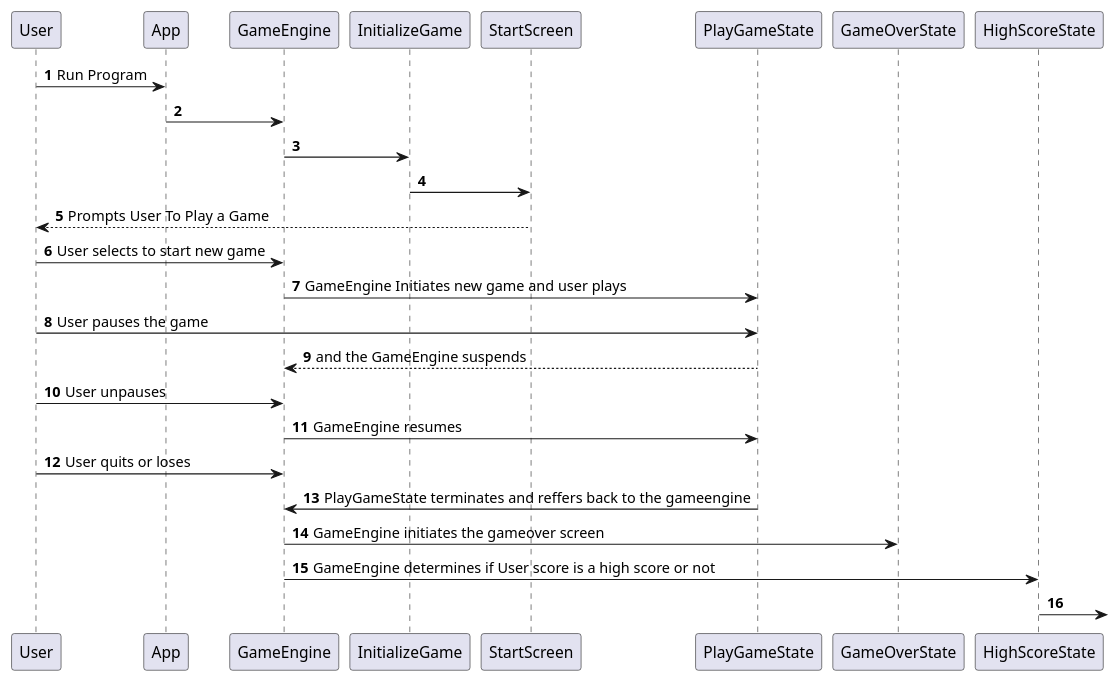
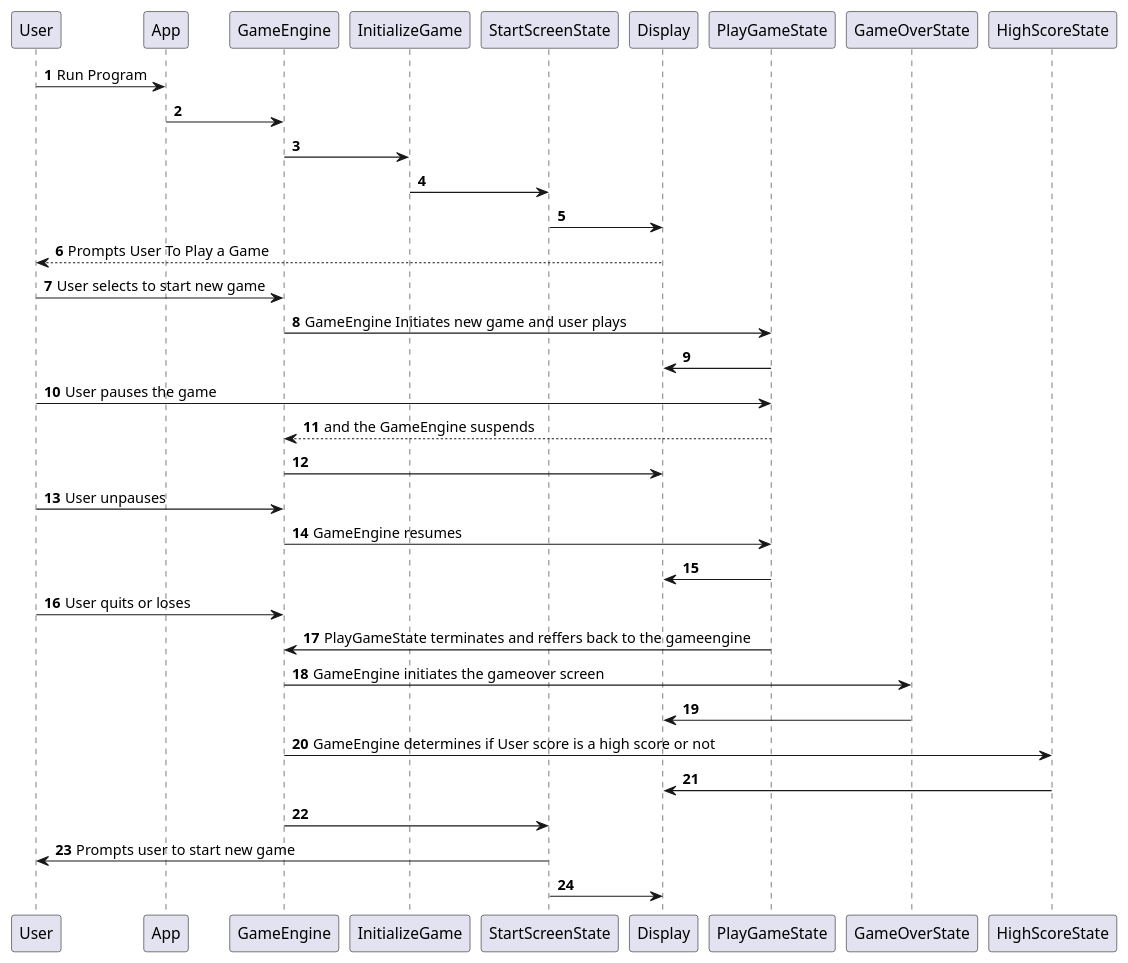
One commit to sad-panda-dev/COS430TeamProject changed the diagram in Game Experience.puml. Above: the diagram before and after it, drawn with PlantUML. The commit also changed 4 other files, not shown here.

```diff
--- a/Game Experience.puml
+++ b/Game Experience.puml
@@ -1,23 +1,31 @@
 @startuml
 'https://plantuml.com/sequence-diagram
 
 autonumber
 
 User -> App: Run Program
 App -> GameEngine
 GameEngine -> InitializeGame
-InitializeGame -> StartScreen
-StartScreen --> User: Prompts User To Play a Game
+InitializeGame -> StartScreenState
+StartScreenState -> Display
+Display --> User: Prompts User To Play a Game
 User -> GameEngine : User selects to start new game
 GameEngine -> PlayGameState: GameEngine Initiates new game and user plays
+PlayGameState -> Display
 User -> PlayGameState: User pauses the game
 PlayGameState --> GameEngine:  and the GameEngine suspends
+GameEngine -> Display
 User -> GameEngine: User unpauses
 GameEngine -> PlayGameState: GameEngine resumes
+PlayGameState -> Display
 User -> GameEngine: User quits or loses
 PlayGameState -> GameEngine: PlayGameState terminates and reffers back to the gameengine
 GameEngine -> GameOverState: GameEngine initiates the gameover screen
+GameOverState -> Display
 GameEngine -> HighScoreState: GameEngine determines if User score is a high score or not
-HighScoreState ->
+HighScoreState -> Display
+GameEngine -> StartScreenState
+StartScreenState -> User: Prompts user to start new game
+StartScreenState -> Display
 
 @enduml
```
